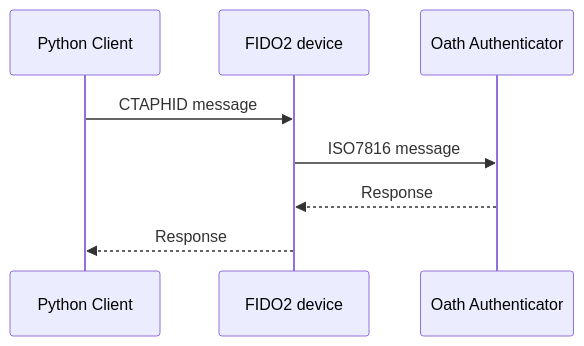
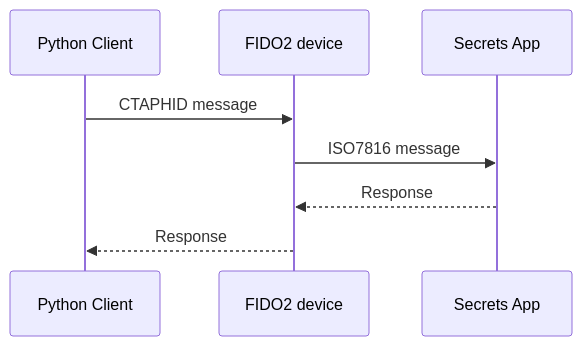
Before and after one commit to Nitrokey/trussed-secrets-app: the diagram in ctaphid.md, drawn with Mermaid. The commit also changed other lines of this file, not shown here.

````diff
--- a/ctaphid.md
+++ b/ctaphid.md
@@ -33,7 +34,7 @@
 ```mermaid
 sequenceDiagram
     Python Client ->> FIDO2 device : CTAPHID message
-    FIDO2 device ->> Oath Authenticator : ISO7816 message
-    Oath Authenticator -->> FIDO2 device   : Response
+    FIDO2 device ->> Secrets App : ISO7816 message
+    Secrets App -->> FIDO2 device   : Response
     FIDO2 device -->> Python Client : Response
 ```
````
